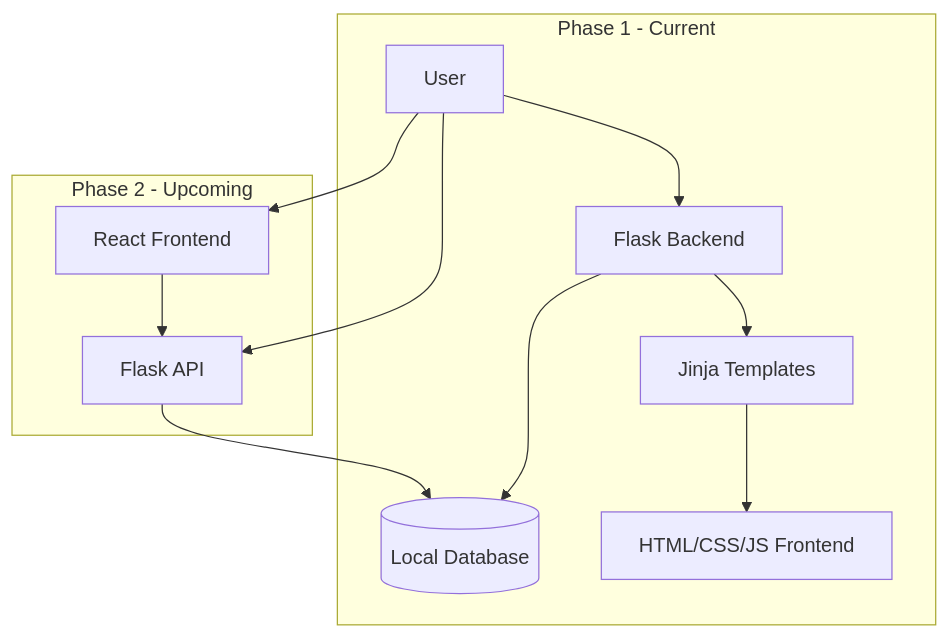
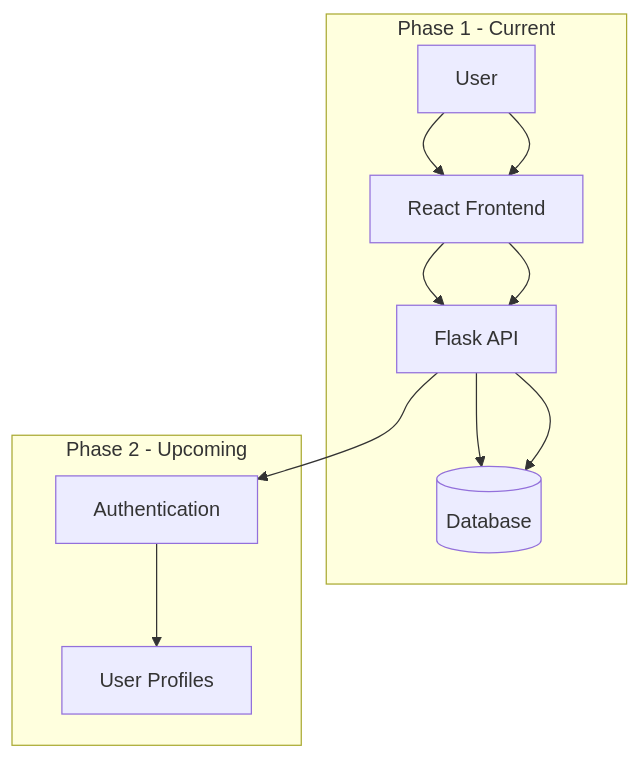
The first of 3 diagrams in README.md (shinji-Yama77/local-prompt-library), drawn with Mermaid before and after one commit. The commit also changed other lines of this file and 9 other files, not shown here.

````diff
--- a/README.md
+++ b/README.md
@@ -26,16 +29,16 @@
 ```mermaid
 graph TD
     subgraph "Phase 1 - Current"
-        A[User] --> B[Flask Backend]
-        B --> C[(Local Database)]
-        B --> D[Jinja Templates]
-        D --> E[HTML/CSS/JS Frontend]
+        A[User] --> G[React Frontend]
+        G --> F[Flask API]
+        F --> C[(Database)]
     end
     
     subgraph "Phase 2 - Upcoming"
-        A --> F[Flask API]
+        A --> G
+        G --> F
         F --> C
-        A --> G[React Frontend]
-        G --> F
+        F --> H[Authentication]
+        H --> I[User Profiles]
     end
 ```
````
